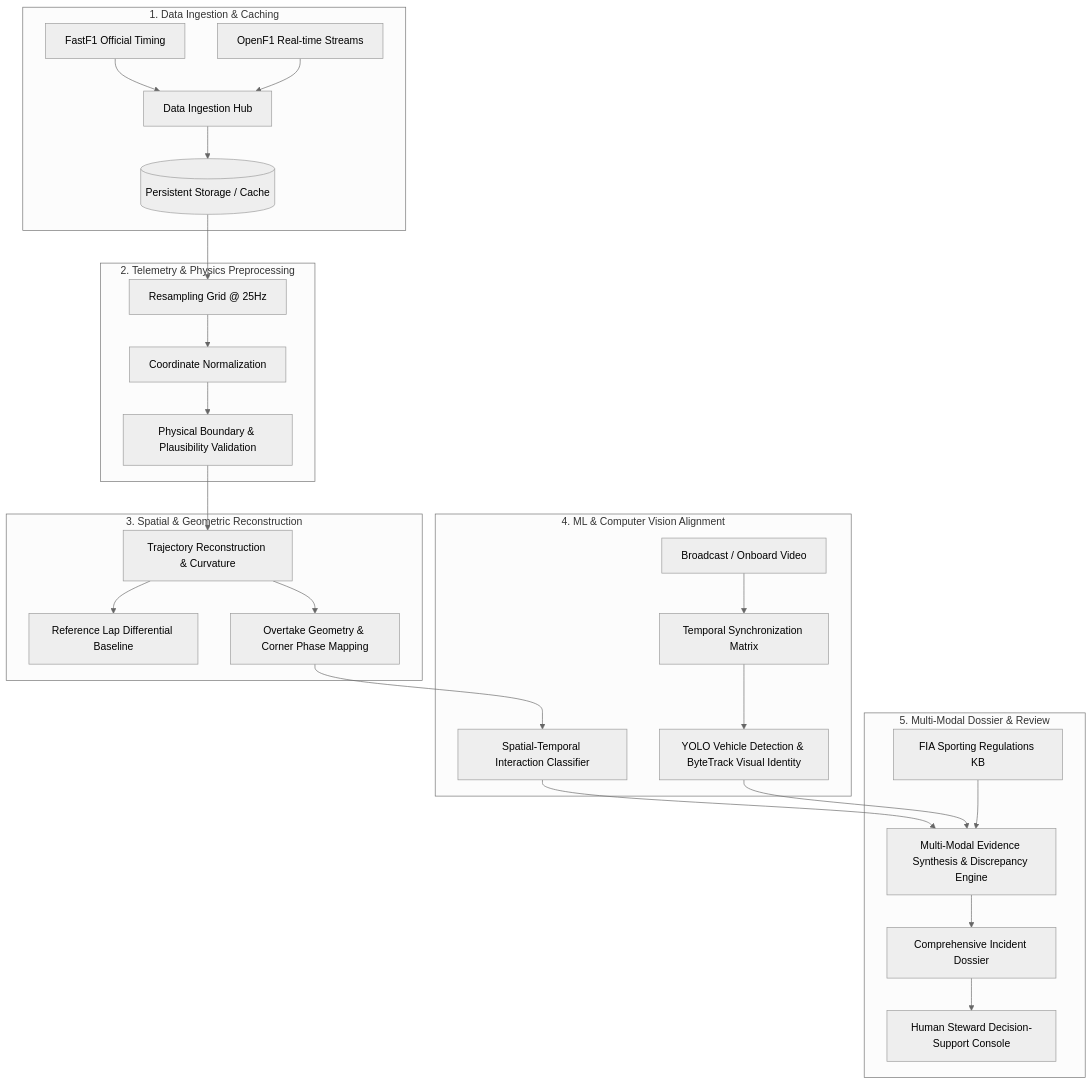
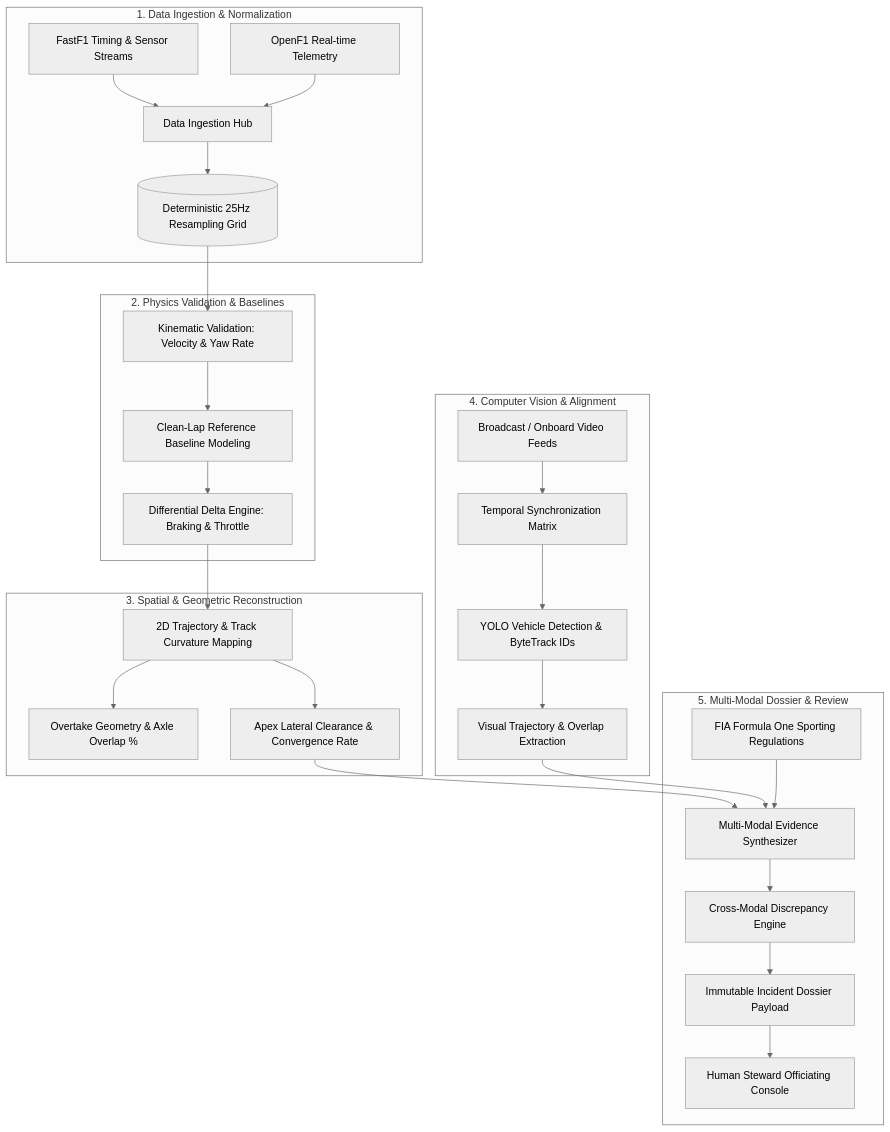
One commit to SreyasM24/motorsport-incident-intelligence changed the diagram in README.md. Above: the diagram before and after it, drawn with Mermaid (neutral theme). The commit also changed other lines of this file and 42 other files, not shown here.

````diff
--- a/README.md
+++ b/README.md
@@ -33,34 +56,35 @@
 ```mermaid
 flowchart TD
-    subgraph INGESTION["1. Data Ingestion & Caching"]
-        A[FastF1 Official Timing] --> C[Data Ingestion Hub]
-        B[OpenF1 Real-time Streams] --> C
-        C --> D[(Persistent Storage / Cache)]
+    subgraph INGESTION["1. Data Ingestion & Normalization"]
+        A[FastF1 Timing & Sensor Streams] --> C[Data Ingestion Hub]
+        B[OpenF1 Real-time Telemetry] --> C
+        C --> D[(Deterministic 25Hz Resampling Grid)]
     end
 
-    subgraph PREPROCESSING["2. Telemetry & Physics Preprocessing"]
-        D --> E[Resampling Grid @ 25Hz]
-        E --> F[Coordinate Normalization]
-        F --> G[Physical Boundary & Plausibility Validation]
+    subgraph PREPROCESSING["2. Physics Validation & Baselines"]
+        D --> E[Kinematic Validation: Velocity & Yaw Rate]
+        E --> F[Clean-Lap Reference Baseline Modeling]
+        F --> G[Differential Delta Engine: Braking & Throttle]
     end
 
     subgraph RECONSTRUCTION["3. Spatial & Geometric Reconstruction"]
-        G --> H[Trajectory Reconstruction & Curvature]
-        H --> I[Reference Lap Differential Baseline]
-        H --> J[Overtake Geometry & Corner Phase Mapping]
+        G --> H[2D Trajectory & Track Curvature Mapping]
+        H --> I[Overtake Geometry & Axle Overlap %]
+        H --> J[Apex Lateral Clearance & Convergence Rate]
     end
 
-    subgraph AI_CV["4. ML & Computer Vision Alignment"]
-        J --> K[Spatial-Temporal Interaction Classifier]
-        L[Broadcast / Onboard Video] --> M[Temporal Synchronization Matrix]
-        M --> N[YOLO Vehicle Detection & ByteTrack Visual Identity]
+    subgraph CV_SYNC["4. Computer Vision & Alignment"]
+        K[Broadcast / Onboard Video Feeds] --> L[Temporal Synchronization Matrix]
+        L --> M[YOLO Vehicle Detection & ByteTrack IDs]
+        M --> N[Visual Trajectory & Overlap Extraction]
     end
 
     subgraph SYNTHESIS["5. Multi-Modal Dossier & Review"]
-        K --> O[Multi-Modal Evidence Synthesis & Discrepancy Engine]
+        J --> O[Multi-Modal Evidence Synthesizer]
         N --> O
-        P[FIA Sporting Regulations KB] --> O
-        O --> Q[Comprehensive Incident Dossier]
-        Q --> R[Human Steward Decision-Support Console]
+        P[FIA Formula One Sporting Regulations] --> O
+        O --> Q[Cross-Modal Discrepancy Engine]
+        Q --> R[Immutable Incident Dossier Payload]
+        R --> S[Human Steward Officiating Console]
     end
 ```
````
